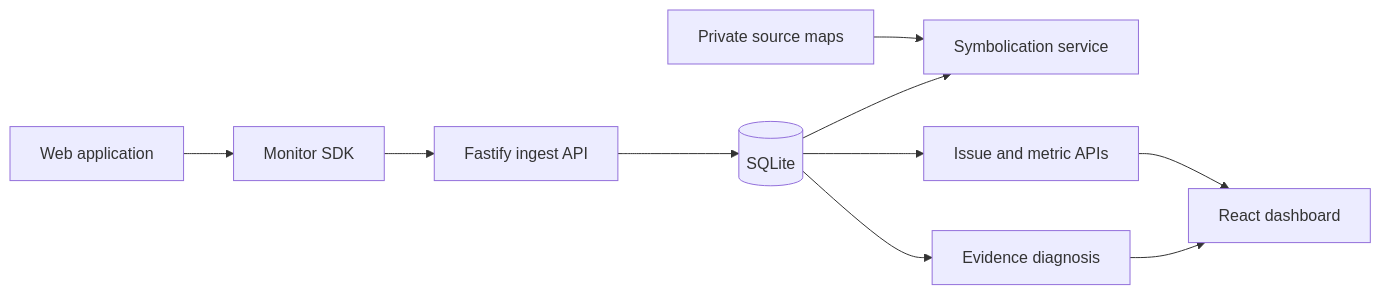
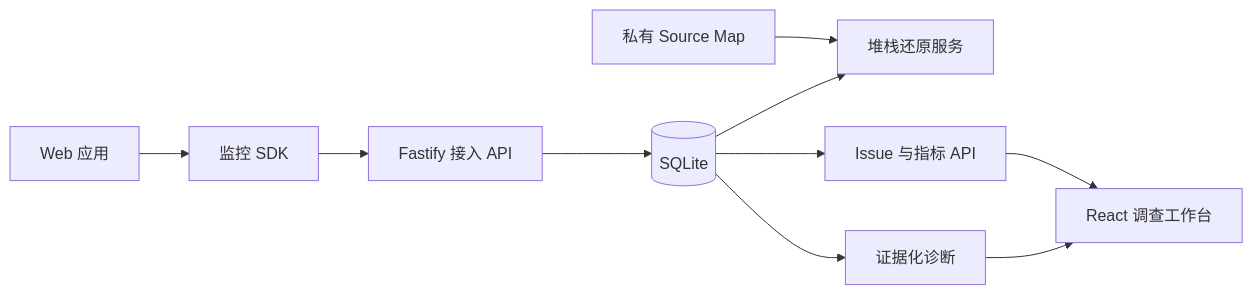
One commit to guiwzh/tracepilot changed the diagram in docs/architecture.md. Above: the diagram before and after it, drawn with Mermaid. The commit also changed other lines of this file and 14 other files, not shown here.

````diff
--- a/docs/architecture.md
+++ b/docs/architecture.md
@@ -6,12 +5,12 @@
 ```mermaid
 flowchart LR
-  Web[Web application] --> SDK[Monitor SDK]
-  SDK --> Ingest[Fastify ingest API]
+  Web[Web 应用] --> SDK[监控 SDK]
+  SDK --> Ingest[Fastify 接入 API]
   Ingest --> SQLite[(SQLite)]
-  Maps[Private source maps] --> Symbolicator[Symbolication service]
+  Maps[私有 Source Map] --> Symbolicator[堆栈还原服务]
   SQLite --> Symbolicator
-  SQLite --> Query[Issue and metric APIs]
-  Query --> Dashboard[React dashboard]
-  SQLite --> Diagnose[Evidence diagnosis]
+  SQLite --> Query[Issue 与指标 API]
+  Query --> Dashboard[React 调查工作台]
+  SQLite --> Diagnose[证据化诊断]
   Diagnose --> Dashboard
 ```
````
